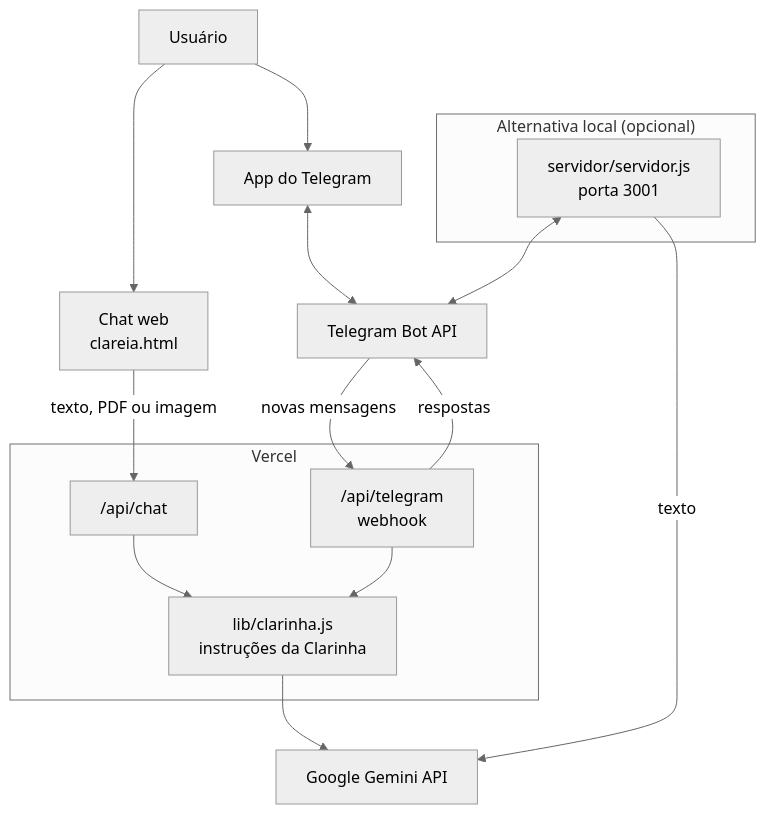
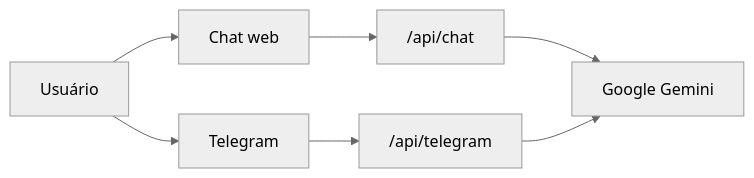
Before and after one commit to leonidasprof/clareia1: the diagram in README.md, drawn with Mermaid (neutral theme). The commit also changed other lines of this file, not shown here.

````diff
--- a/README.md
+++ b/README.md
@@ -115,26 +44,9 @@
 ```mermaid
-flowchart TD
-    U["Usuário"] --> WEB["Chat web<br/>clareia.html"]
-    U --> TG["App do Telegram"]
-
-    subgraph VERCEL["Vercel"]
-        CHAT["/api/chat"]
-        HOOK["/api/telegram<br/>webhook"]
-        PROMPT["lib/clarinha.js<br/>instruções da Clarinha"]
-    end
-
-    subgraph LOCAL["Alternativa local (opcional)"]
-        SRV["servidor/servidor.js<br/>porta 3001"]
-    end
-
-    WEB -->|"texto, PDF ou imagem"| CHAT
-    TG <--> TGAPI["Telegram Bot API"]
-    TGAPI -->|"novas mensagens"| HOOK
-    HOOK -->|"respostas"| TGAPI
-    SRV <--> TGAPI
-
-    CHAT --> PROMPT
-    HOOK --> PROMPT
-    PROMPT --> GEM["Google Gemini API"]
-    SRV -->|"texto"| GEM
+flowchart LR
+    U["Usuário"] --> W["Chat web"]
+    U --> T["Telegram"]
+    W --> C["/api/chat"]
+    T --> H["/api/telegram"]
+    C --> G["Google Gemini"]
+    H --> G
 ```
````
